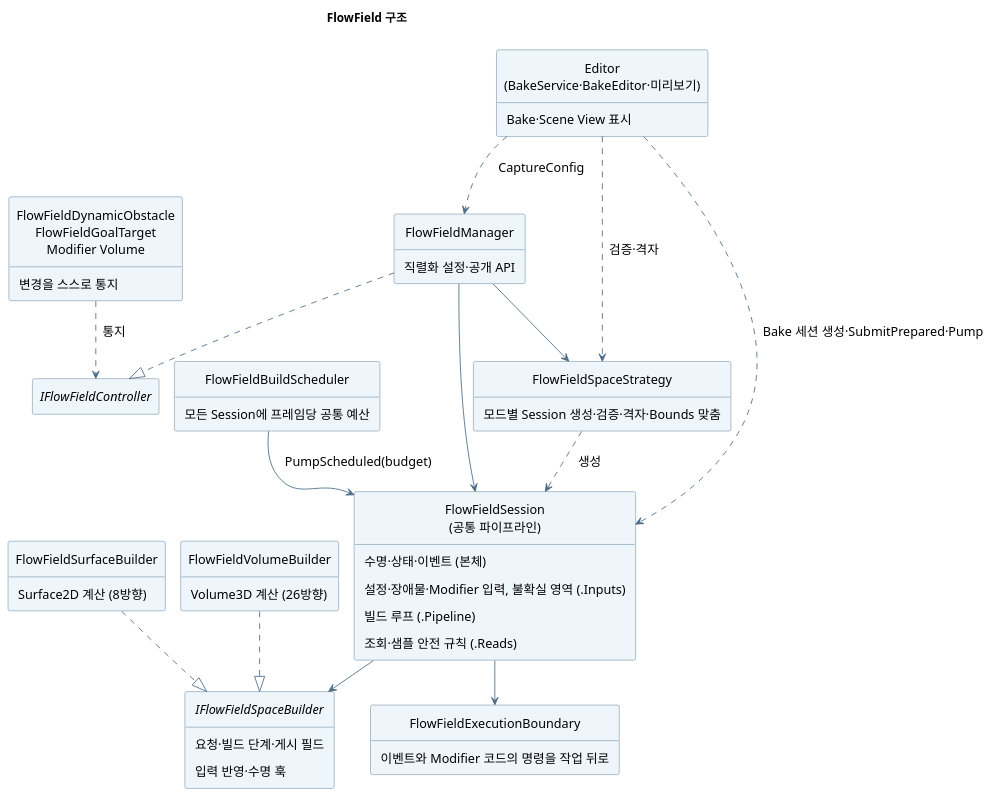
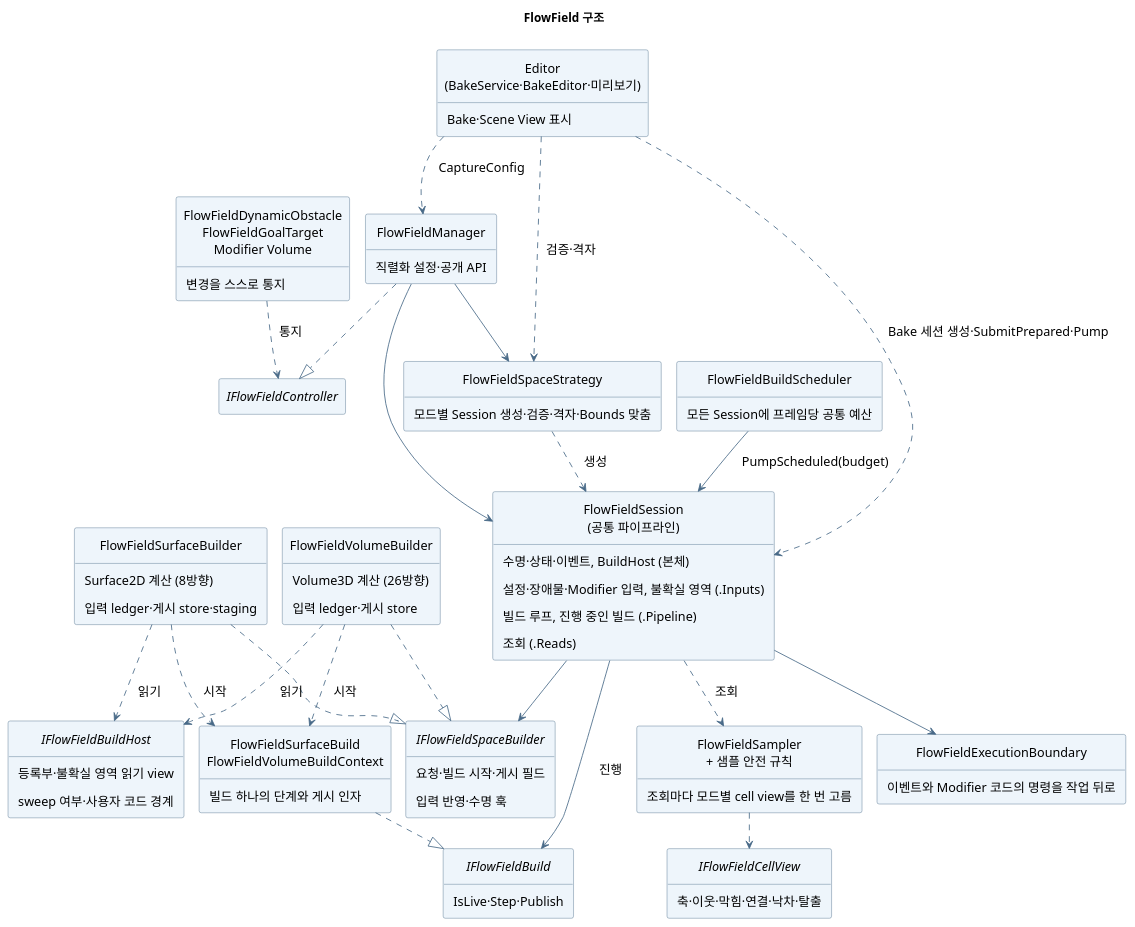
One commit to youwonsock/tool-unity-editor changed the diagram in ToyProject/Assets/_FlowField/Docs/flowfield-structure.puml. Above: the diagram before and after it, drawn with PlantUML. The commit also changed 5 other files, not shown here.

First line of the commit message:
문서: 빌드 host, 빌드 객체, ledger와 store, cell view

```diff
--- a/ToyProject/Assets/_FlowField/Docs/flowfield-structure.puml
+++ b/ToyProject/Assets/_FlowField/Docs/flowfield-structure.puml
@@ -1,63 +1,89 @@
 @startuml flowfield-structure
 !pragma layout smetana
 skinparam shadowing false
 skinparam defaultFontName "Apple SD Gothic Neo"
 skinparam defaultFontSize 15
 skinparam ArrowColor #496A88
 skinparam Padding 6
 skinparam classBackgroundColor #EEF5FB
 skinparam classBorderColor #496A88
 hide empty members
 hide circle
 title FlowField 구조
 
 class "FlowFieldDynamicObstacle\nFlowFieldGoalTarget\nModifier Volume" as Components {
   변경을 스스로 통지
 }
 interface "IFlowFieldController" as API
 class FlowFieldManager {
   직렬화 설정·공개 API
 }
 class FlowFieldSpaceStrategy {
   모드별 Session 생성·검증·격자·Bounds 맞춤
 }
 class "FlowFieldSession\n(공통 파이프라인)" as Session {
-  {field} 수명·상태·이벤트 (본체)
+  {field} 수명·상태·이벤트, BuildHost (본체)
   {field} 설정·장애물·Modifier 입력, 불확실 영역 (.Inputs)
-  {field} 빌드 루프 (.Pipeline)
-  {field} 조회·샘플 안전 규칙 (.Reads)
+  {field} 빌드 루프, 진행 중인 빌드 (.Pipeline)
+  {field} 조회 (.Reads)
+}
+interface IFlowFieldBuildHost {
+  {field} 등록부·불확실 영역 읽기 view
+  {field} sweep 여부·사용자 코드 경계
 }
 interface IFlowFieldSpaceBuilder {
-  요청·빌드 단계·게시 필드
+  요청·빌드 시작·게시 필드
   입력 반영·수명 훅
 }
+interface IFlowFieldBuild {
+  IsLive·Step·Publish
+}
 class FlowFieldSurfaceBuilder {
-  Surface2D 계산 (8방향)
+  {field} Surface2D 계산 (8방향)
+  {field} 입력 ledger·게시 store·staging
 }
 class FlowFieldVolumeBuilder {
-  Volume3D 계산 (26방향)
+  {field} Volume3D 계산 (26방향)
+  {field} 입력 ledger·게시 store
+}
+class "FlowFieldSurfaceBuild\nFlowFieldVolumeBuildContext" as Builds {
+  빌드 하나의 단계와 게시 인자
+}
+class "FlowFieldSampler\n+ 샘플 안전 규칙" as Sampler {
+  조회마다 모드별 cell view를 한 번 고름
+}
+interface IFlowFieldCellView {
+  {field} 축·이웃·막힘·연결·낙차·탈출
 }
 class FlowFieldBuildScheduler {
   모든 Session에 프레임당 공통 예산
 }
 class FlowFieldExecutionBoundary {
   이벤트와 Modifier 코드의 명령을 작업 뒤로
 }
 class "Editor\n(BakeService·BakeEditor·미리보기)" as Editor {
   Bake·Scene View 표시
 }
 
 Components ..> API : 통지
 FlowFieldManager ..|> API
 FlowFieldManager --> FlowFieldSpaceStrategy
 FlowFieldSpaceStrategy ..> Session : 생성
 FlowFieldManager --> Session
 Session --> IFlowFieldSpaceBuilder
+Session --> IFlowFieldBuild : 진행
+Session ..> Sampler : 조회
+Sampler ..> IFlowFieldCellView
 FlowFieldSurfaceBuilder ..|> IFlowFieldSpaceBuilder
 FlowFieldVolumeBuilder ..|> IFlowFieldSpaceBuilder
+FlowFieldSurfaceBuilder ..> IFlowFieldBuildHost : 읽기
+FlowFieldVolumeBuilder ..> IFlowFieldBuildHost : 읽기
+FlowFieldSurfaceBuilder ..> Builds : 시작
+FlowFieldVolumeBuilder ..> Builds : 시작
+Builds ..|> IFlowFieldBuild
 FlowFieldBuildScheduler --> Session : PumpScheduled(budget)
 Session --> FlowFieldExecutionBoundary
 Editor ..> FlowFieldManager : CaptureConfig
 Editor ..> FlowFieldSpaceStrategy : 검증·격자
 Editor ..> Session : Bake 세션 생성·SubmitPrepared·Pump
 @enduml
```
